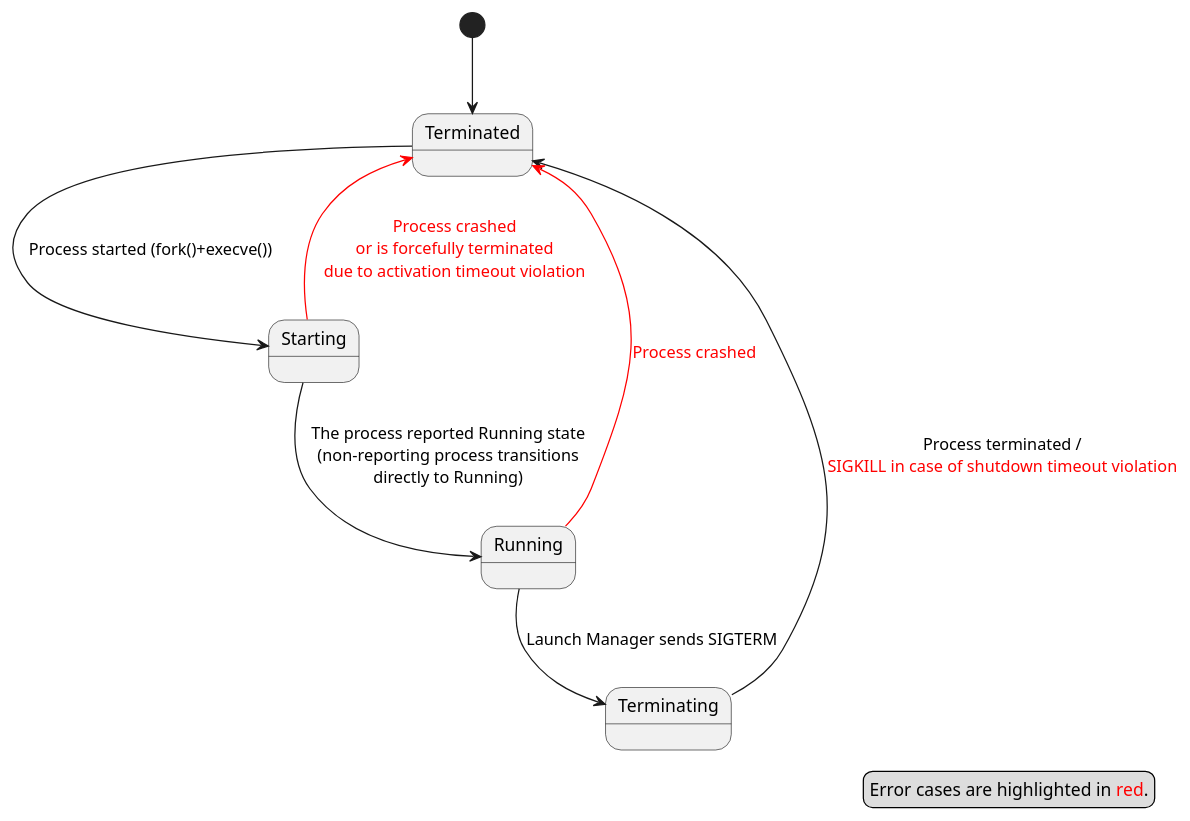
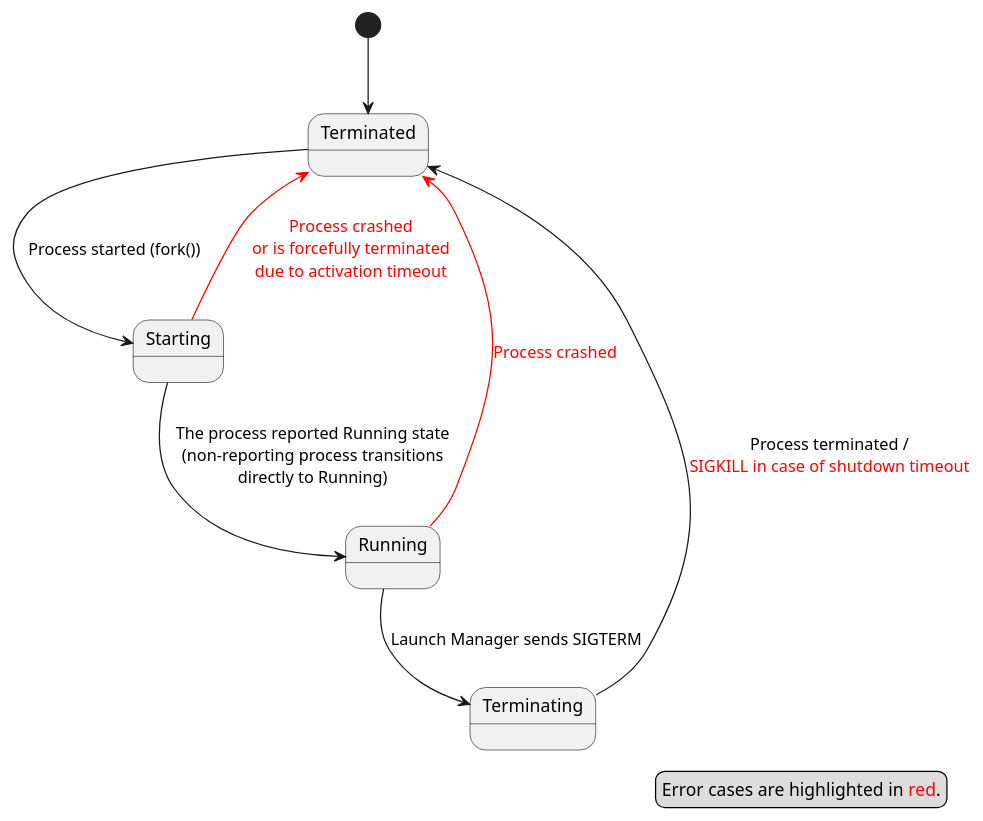
The diagram in docs/features/lifecycle/architecture/_assets/lifecycle_process_state_machine.puml (eclipse-score/lifecycle), drawn with PlantUML before and after one commit. The commit also changed 1 other file, not shown here.

```diff
--- a/docs/features/lifecycle/architecture/_assets/lifecycle_process_state_machine.puml
+++ b/docs/features/lifecycle/architecture/_assets/lifecycle_process_state_machine.puml
@@ -14,15 +14,15 @@
 @startuml Process State Machine
 
 [*] -d-> Terminated
-Terminated -> Starting : Process started (fork()+execve())
+Terminated -> Starting : Process started (fork())
 Starting --> Running : The process reported Running state\n(non-reporting process transitions\ndirectly to Running)
 Running --> Terminating : Launch Manager sends SIGTERM
-Terminating --> Terminated : Process terminated /\n<color:red>SIGKILL in case of shutdown timeout violation</color>
-Starting -[#red]-> Terminated : <color:red>Process crashed</color>\n<color:red>or is forcefully terminated</color>\n<color:red>due to activation timeout violation</color>
+Terminating --> Terminated : Process terminated /\n<color:red>SIGKILL in case of shutdown timeout</color>
+Starting -[#red]-> Terminated : <color:red>Process crashed</color>\n<color:red>or is forcefully terminated</color>\n<color:red>due to activation timeout</color>
 Running -[#red]-> Terminated : <color:red>Process crashed</color>
 
 legend right
 	Error cases are highlighted in <color:red>red</color>.
 endlegend
 
 @enduml
```
